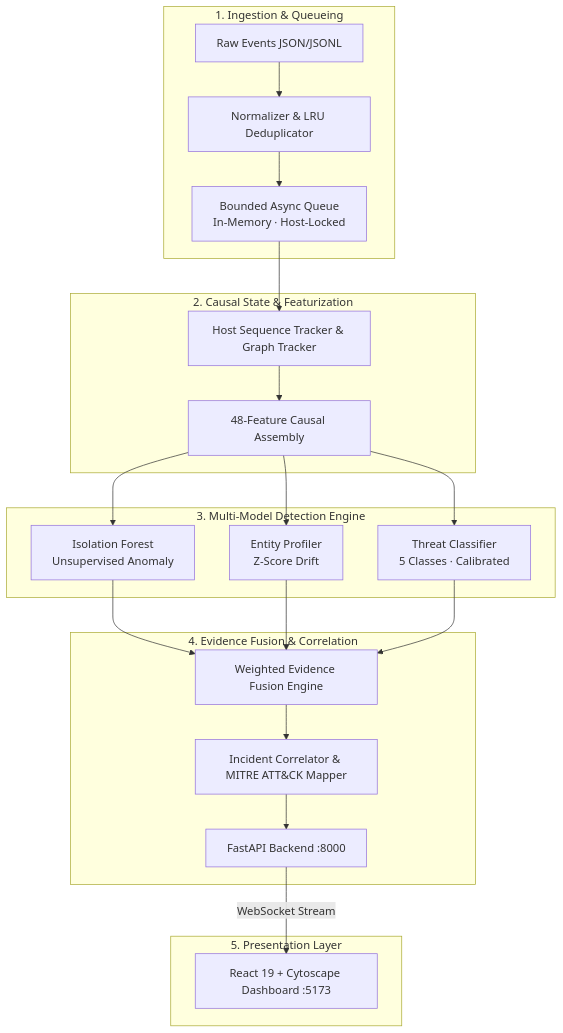
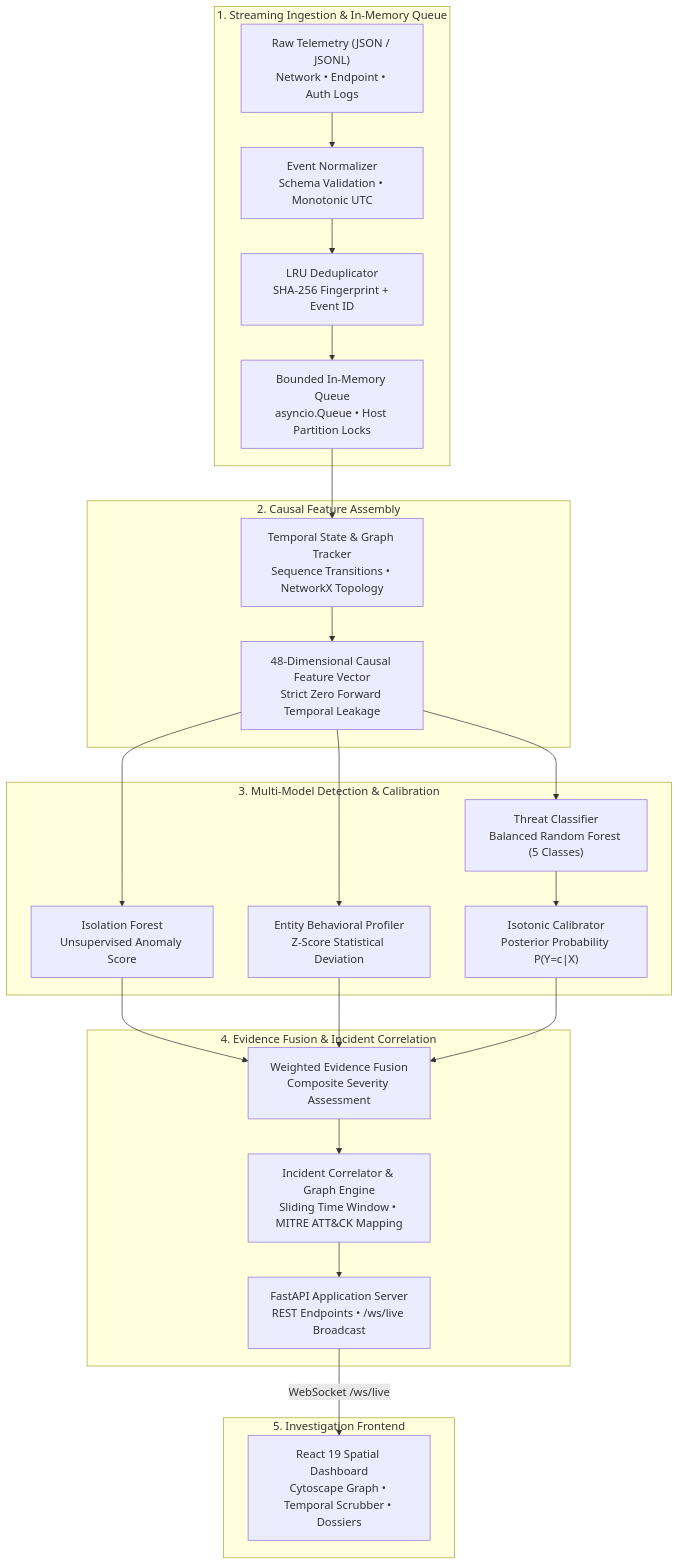
The diagram in README.md (akashcodes23/AEGIS-ML), drawn with Mermaid before and after one commit. The commit also changed other lines of this file, not shown here.

````diff
--- a/README.md
+++ b/README.md
@@ -64,28 +91,30 @@
 ```mermaid
 flowchart TD
-    subgraph Ingestion ["1. Ingestion & Queueing"]
-        Raw[Raw Events JSON/JSONL] --> Norm[Normalizer & LRU Deduplicator]
-        Norm --> Queue[Bounded Async Queue<br/>In-Memory · Host-Locked]
+    subgraph Ingestion ["1. Streaming Ingestion & In-Memory Queue"]
+        Raw["Raw Telemetry (JSON / JSONL)<br/>Network • Endpoint • Auth Logs"] --> Norm["Event Normalizer<br/>Schema Validation • Monotonic UTC"]
+        Norm --> Dedup["LRU Deduplicator<br/>SHA-256 Fingerprint + Event ID"]
+        Dedup --> Queue["Bounded In-Memory Queue<br/>asyncio.Queue • Host Partition Locks"]
     end
 
-    subgraph State ["2. Causal State & Featurization"]
-        Queue --> StateTrack[Host Sequence Tracker & Graph Tracker]
-        StateTrack --> Feat[48-Feature Causal Assembly]
+    subgraph Featurization ["2. Causal Feature Assembly"]
+        Queue --> State["Temporal State & Graph Tracker<br/>Sequence Transitions • NetworkX Topology"]
+        State --> Vector["48-Dimensional Causal Feature Vector<br/>Strict Zero Forward Temporal Leakage"]
     end
 
-    subgraph Detection ["3. Multi-Model Detection Engine"]
-        Feat --> IF[Isolation Forest<br/>Unsupervised Anomaly]
-        Feat --> Drift[Entity Profiler<br/>Z-Score Drift]
-        Feat --> RF[Threat Classifier<br/>5 Classes · Calibrated]
+    subgraph Detection ["3. Multi-Model Detection & Calibration"]
+        Vector --> IF["Isolation Forest<br/>Unsupervised Anomaly Score"]
+        Vector --> Drift["Entity Behavioral Profiler<br/>Z-Score Statistical Deviation"]
+        Vector --> RF["Threat Classifier<br/>Balanced Random Forest (5 Classes)"]
+        RF --> Calib["Isotonic Calibrator<br/>Posterior Probability P(Y=c|X)"]
     end
 
-    subgraph Fusion ["4. Evidence Fusion & Correlation"]
-        IF & Drift & RF --> Fused[Weighted Evidence Fusion Engine]
-        Fused --> Correlate[Incident Correlator & MITRE ATT&CK Mapper]
-        Correlate --> API[FastAPI Backend :8000]
+    subgraph Correlation ["4. Evidence Fusion & Incident Correlation"]
+        IF & Drift & Calib --> Fusion["Weighted Evidence Fusion<br/>Composite Severity Assessment"]
+        Fusion --> Correlator["Incident Correlator & Graph Engine<br/>Sliding Time Window • MITRE ATT&CK Mapping"]
+        Correlator --> API["FastAPI Application Server<br/>REST Endpoints • /ws/live Broadcast"]
     end
 
-    subgraph Presentation ["5. Presentation Layer"]
-        API -->|WebSocket Stream| UI[React 19 + Cytoscape Dashboard :5173]
+    subgraph SOC ["5. Investigation Frontend"]
+        API -->|WebSocket /ws/live| UI["React 19 Spatial Dashboard<br/>Cytoscape Graph • Temporal Scrubber • Dossiers"]
     end
 ```
````
